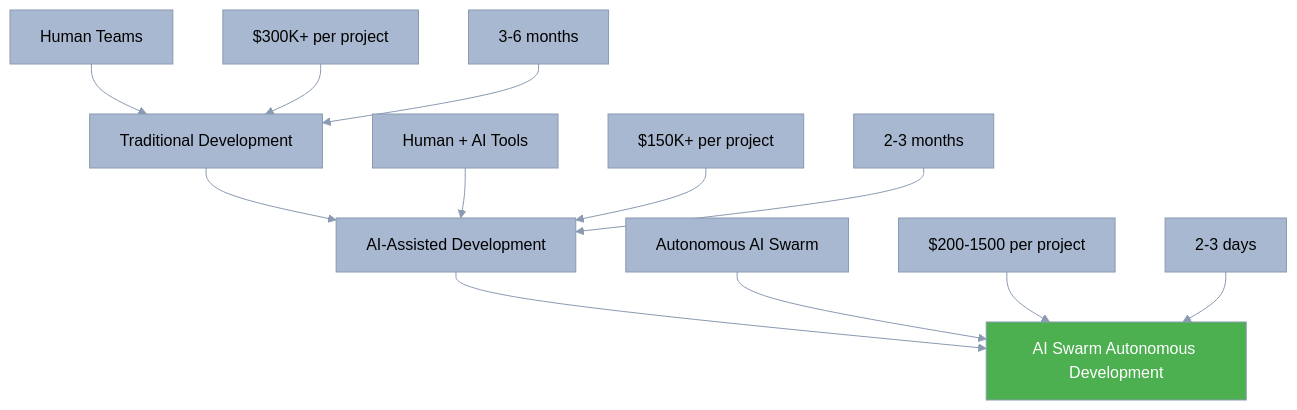
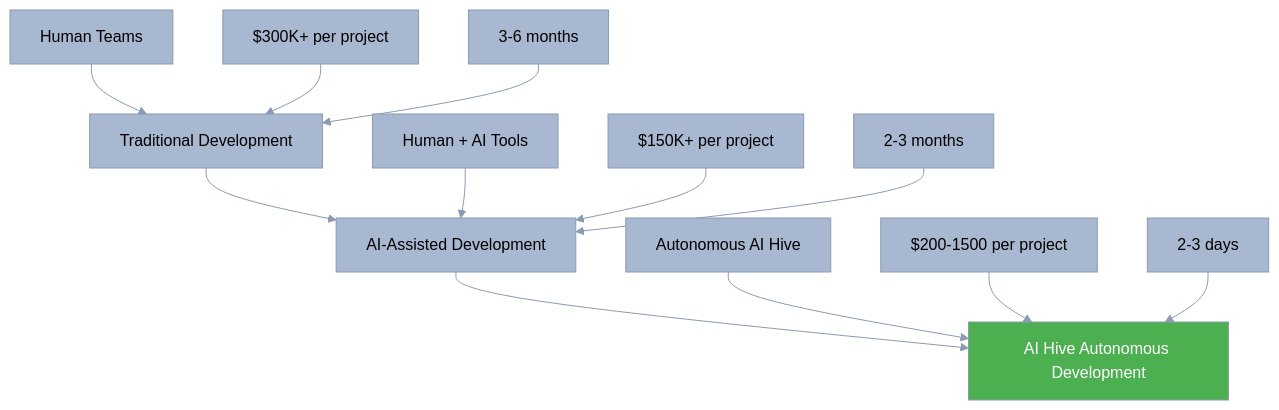
One commit to o2alexanderfedin/AI-Hive-Business-Docs changed the diagram in business-documents/competitive-positioning/index.md. Above: the diagram before and after it, drawn with Mermaid. The commit also changed other lines of this file and 22 other files, not shown here.

First line of the commit message:
Replace all references from 'AI Swarm' to 'AI Hive' across project

````diff
--- a/business-documents/competitive-positioning/index.md
+++ b/business-documents/competitive-positioning/index.md
@@ -65,20 +65,20 @@
 ```mermaid
 %%{init: {'theme': 'base', 'themeVariables': {'primaryColor': '#A8B8D0', 'primaryTextColor': '#000000', 'primaryBorderColor': '#8A9AB2', 'lineColor': '#8A9AB2', 'secondaryColor': '#5DBCB6', 'tertiaryColor': '#84D4F5', 'background': '#F5F5F5', 'mainBkg': '#A8B8D0', 'fontFamily': 'Arial, sans-serif'}}}%%
 graph TD
     A[Traditional Development] --> B[AI-Assisted Development]
-    B --> C[AI Swarm Autonomous Development]
+    B --> C[AI Hive Autonomous Development]
 
     A1[Human Teams] --> A
     A2[$300K+ per project] --> A
     A3[3-6 months] --> A
 
     B1[Human + AI Tools] --> B
     B2[$150K+ per project] --> B
     B3[2-3 months] --> B
 
-    C1[Autonomous AI Swarm] --> C
+    C1[Autonomous AI Hive] --> C
     C2[$200-1500 per project] --> C
     C3[2-3 days] --> C
 
     style C fill:#4CAF50,color:#fff
 ```
````
